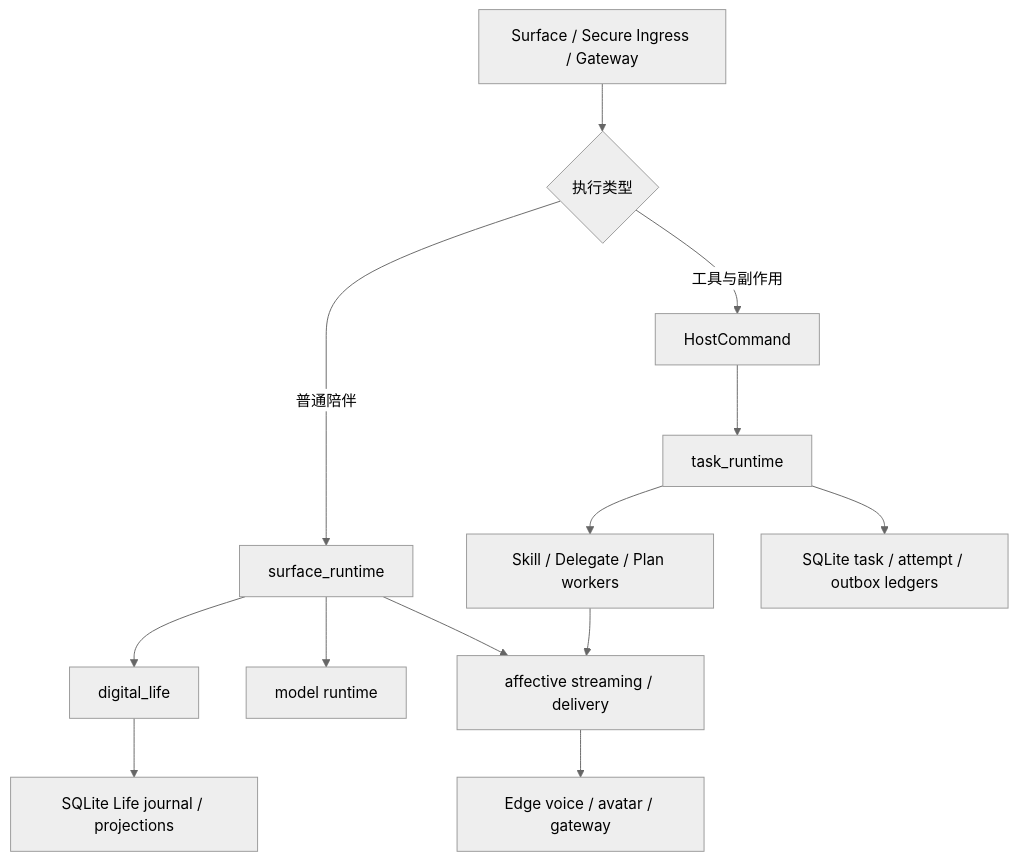
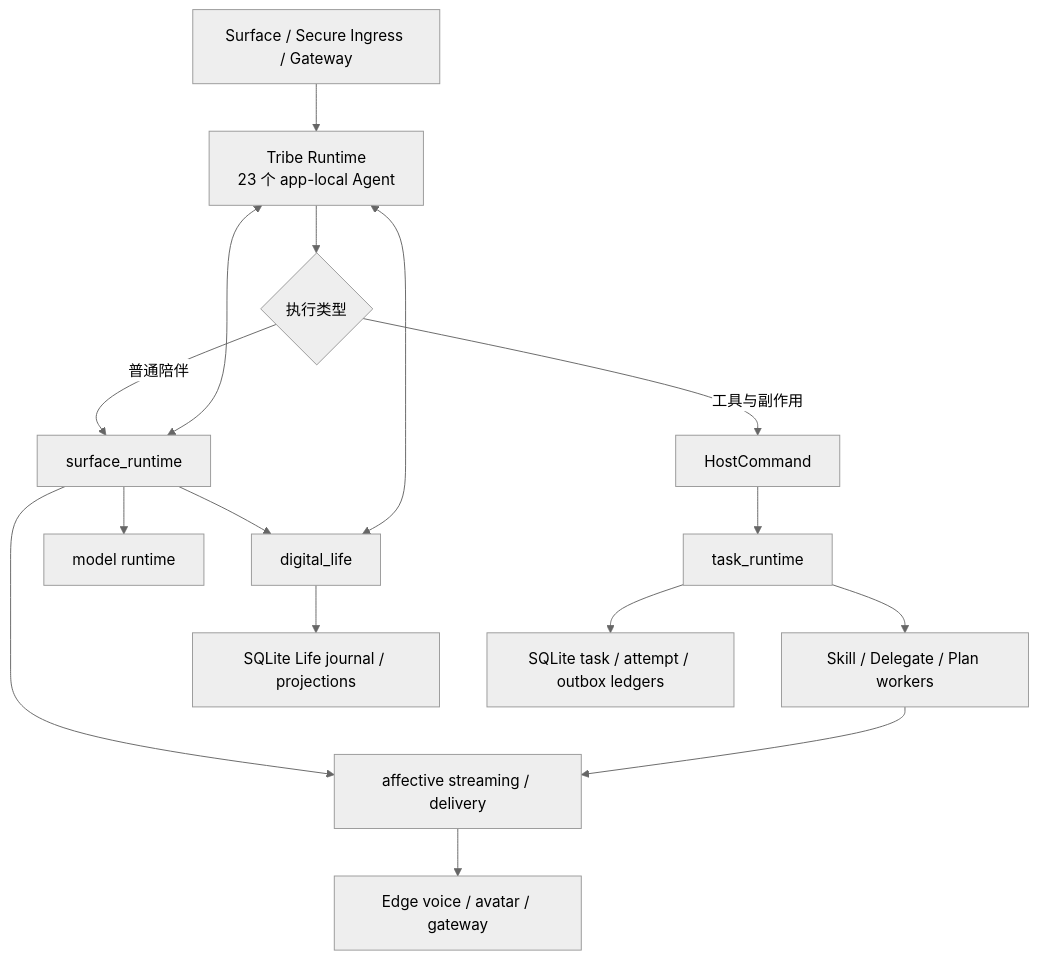
The diagram in docs/50_project/arch/CURRENT_CODE_ARCHITECTURE.md (SakuraYoruno/Natsume_Ai), drawn with Mermaid (neutral theme) before and after one commit. The commit also changed other lines of this file and 7 other files, not shown here.

````diff
--- a/docs/50_project/arch/CURRENT_CODE_ARCHITECTURE.md
+++ b/docs/50_project/arch/CURRENT_CODE_ARCHITECTURE.md
@@ -10,15 +10,18 @@
 ```mermaid
 flowchart TB
-    IN["Surface / Secure Ingress / Gateway"] --> ROUTE{"执行类型"}
+    IN["Surface / Secure Ingress / Gateway"] --> TRIBE["Tribe Runtime<br/>23 个 app-local Agent"]
+    TRIBE --> ROUTE{"执行类型"}
     ROUTE -- "普通陪伴" --> SURFACE["surface_runtime"]
     SURFACE --> LIFE["digital_life"]
+    SURFACE <--> TRIBE
+    TRIBE <--> LIFE
     SURFACE --> MODEL["model runtime"]
     SURFACE --> DELIVERY["affective streaming / delivery"]
     ROUTE -- "工具与副作用" --> CMD["HostCommand"]
     CMD --> TASK["task_runtime"]
     TASK --> WORKER["Skill / Delegate / Plan workers"]
     WORKER --> DELIVERY
     LIFE --> STORE["SQLite Life journal / projections"]
     TASK --> LEDGER["SQLite task / attempt / outbox ledgers"]
     DELIVERY --> EDGE["Edge voice / avatar / gateway"]
 ```
````
